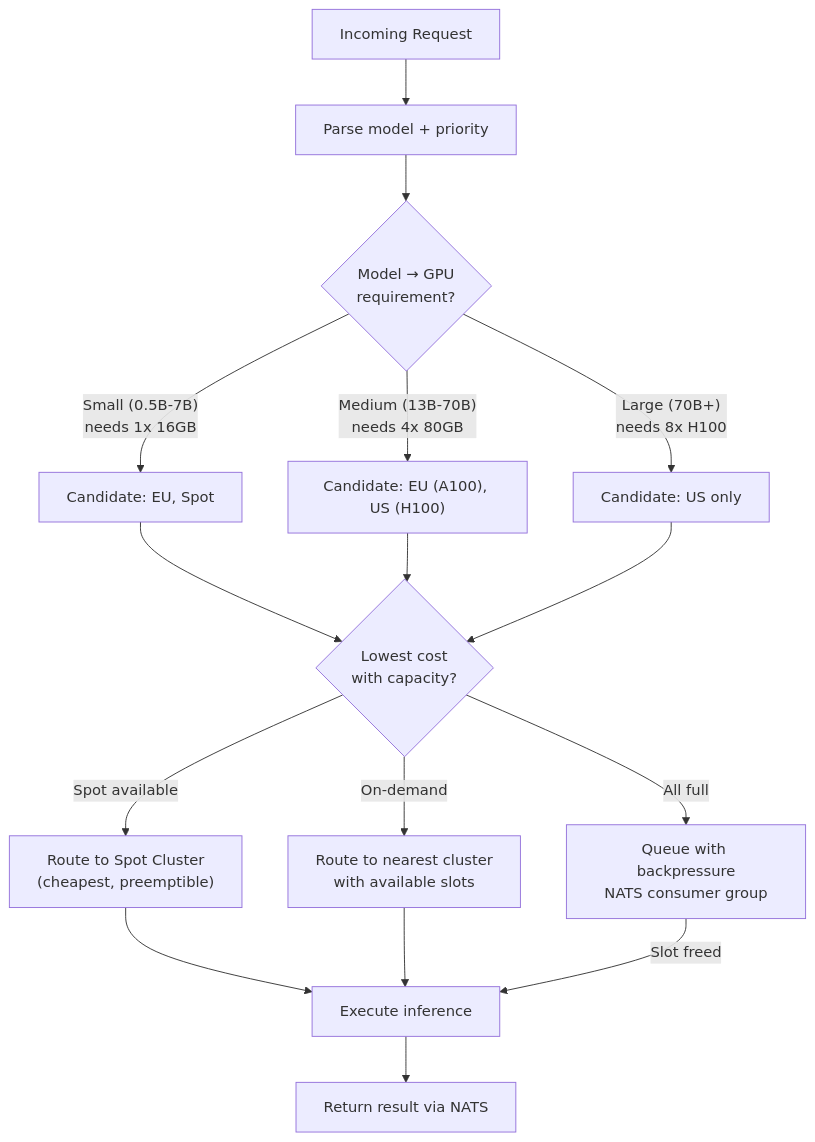
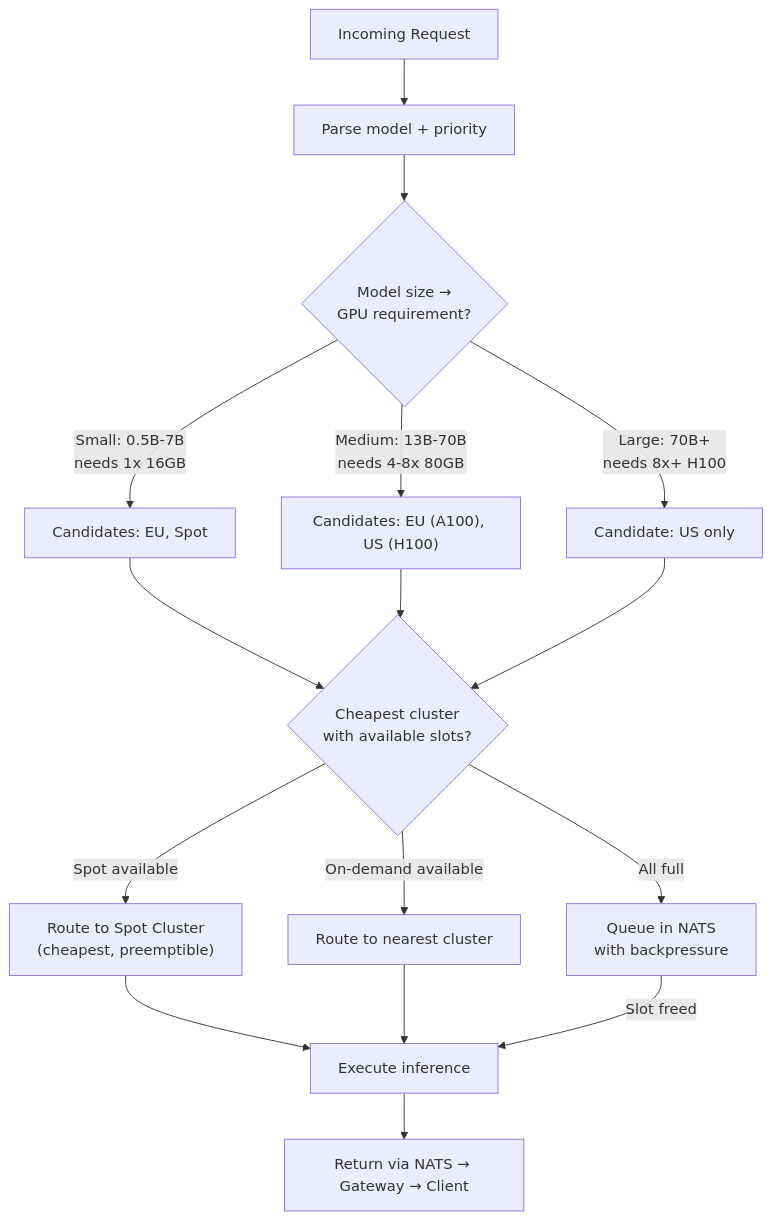
One commit to munhq/kubernetes_gpu changed the eighth of 8 diagrams in ARCHITECTURE.md. Above: the diagram before and after it, drawn with Mermaid. The commit also changed other lines of this file, not shown here.

````diff
--- a/ARCHITECTURE.md
+++ b/ARCHITECTURE.md
@@ -350,24 +297,20 @@
 ```mermaid
 flowchart TD
     REQ["Incoming Request"] --> PARSE["Parse model + priority"]
 
-    PARSE --> MATCH{"Model → GPU<br/>requirement?"}
+    PARSE --> MATCH{"Model size →<br/>GPU requirement?"}
 
-    MATCH -->|"Small (0.5B-7B)<br/>needs 1x 16GB"| SMALL["Candidate: EU, Spot"]
-    MATCH -->|"Medium (13B-70B)<br/>needs 4x 80GB"| MEDIUM["Candidate: EU (A100), US (H100)"]
-    MATCH -->|"Large (70B+)<br/>needs 8x H100"| LARGE["Candidate: US only"]
+    MATCH -->|"Small: 0.5B-7B<br/>needs 1x 16GB"| SMALL["Candidates: EU, Spot"]
+    MATCH -->|"Medium: 13B-70B<br/>needs 4-8x 80GB"| MEDIUM["Candidates: EU (A100), US (H100)"]
+    MATCH -->|"Large: 70B+<br/>needs 8x+ H100"| LARGE["Candidate: US only"]
 
-    SMALL --> COST{"Lowest cost<br/>with capacity?"}
-    MEDIUM --> COST
-    LARGE --> COST
+    SMALL & MEDIUM & LARGE --> COST{"Cheapest cluster<br/>with available slots?"}
 
     COST -->|"Spot available"| SPOT["Route to Spot Cluster<br/>(cheapest, preemptible)"]
-    COST -->|"On-demand"| ONDEMAND["Route to nearest cluster<br/>with available slots"]
-    COST -->|"All full"| QUEUE["Queue with backpressure<br/>NATS consumer group"]
+    COST -->|"On-demand available"| ONDEMAND["Route to nearest cluster"]
+    COST -->|"All full"| QUEUE["Queue in NATS<br/>with backpressure"]
 
-    SPOT --> EXEC["Execute inference"]
-    ONDEMAND --> EXEC
+    SPOT & ONDEMAND --> EXEC["Execute inference"]
     QUEUE -->|"Slot freed"| EXEC
-
-    EXEC --> RESULT["Return result via NATS"]
+    EXEC --> RESULT["Return via NATS → Gateway → Client"]
 ```
````
